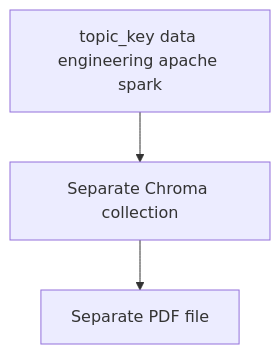
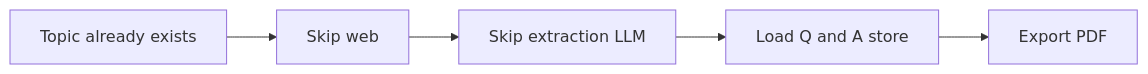
One commit to souravgupta2214/Agentic-RAG changed the sixth of 14 diagrams in docs/END_TO_END_FLOW.md. Above: the diagram before and after it, drawn with Mermaid. The commit also changed other lines of this file and 1 other file, not shown here.

````diff
--- a/docs/END_TO_END_FLOW.md
+++ b/docs/END_TO_END_FLOW.md
@@ -198,7 +210,7 @@
 ```mermaid
-flowchart TB
-    T1[topic_key data engineering apache spark]
-    T2[Separate Chroma collection]
-    T3[Separate PDF file]
-    T1 --> T2 --> T3
+flowchart LR
+    A[Topic already exists] --> B[Skip web]
+    B --> C[Skip extraction LLM]
+    C --> D[Load Q and A store]
+    D --> E[Export PDF]
 ```
````
